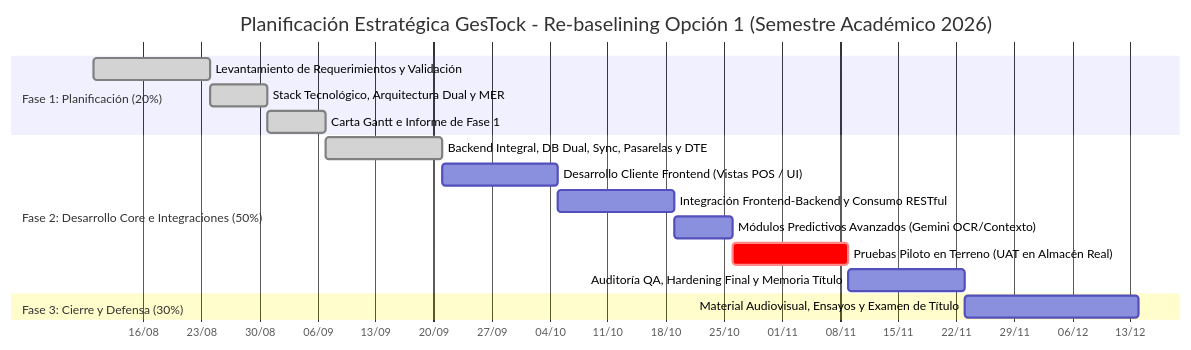
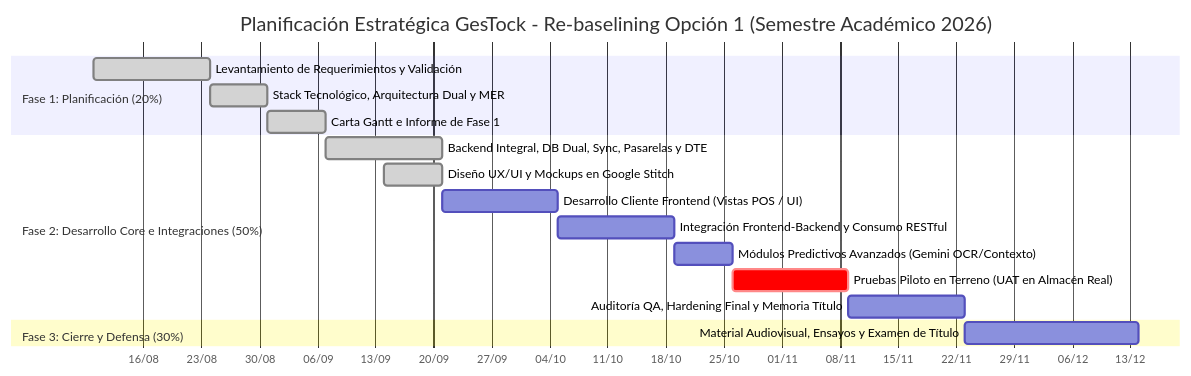
One commit to Kreiros/GesTock changed the diagram in docs/cronograma_actualizado.mmd. Above: the diagram before and after it, drawn with Mermaid. The commit also changed 2 other files, not shown here.

Commit message:
docs: add Google Stitch UI/UX mockups milestone to Gantt schedule

```diff
--- a/docs/cronograma_actualizado.mmd
+++ b/docs/cronograma_actualizado.mmd
@@ -1,21 +1,22 @@
 gantt
     title Planificación Estratégica GesTock - Re-baselining Opción 1 (Semestre Académico 2026)
     dateFormat YYYY-MM-DD
     axisFormat %d/%m
     tickInterval 1week
 
     section Fase 1: Planificación (20%)
     Levantamiento de Requerimientos y Validación   :done, f1_1, 2026-08-10, 2026-08-24
     Stack Tecnológico, Arquitectura Dual y MER    :done, f1_2, 2026-08-24, 2026-08-31
     Carta Gantt e Informe de Fase 1                :done, f1_3, 2026-08-31, 2026-09-07
 
     section Fase 2: Desarrollo Core e Integraciones (50%)
     Backend Integral, DB Dual, Sync, Pasarelas y DTE :done, f2_1, 2026-09-07, 2026-09-21
+    Diseño UX/UI y Mockups en Google Stitch        :done, f2_stitch, 2026-09-14, 2026-09-21
     Desarrollo Cliente Frontend (Vistas POS / UI)  :f2_2, 2026-09-21, 2026-10-05
     Integración Frontend-Backend y Consumo RESTful :f2_3, 2026-10-05, 2026-10-19
     Módulos Predictivos Avanzados (Gemini OCR/Contexto) :f2_4, 2026-10-19, 2026-10-26
     Pruebas Piloto en Terreno (UAT en Almacén Real) :crit, f2_5, 2026-10-26, 2026-11-09
     Auditoría QA, Hardening Final y Memoria Título :f2_6, 2026-11-09, 2026-11-23
 
     section Fase 3: Cierre y Defensa (30%)
     Material Audiovisual, Ensayos y Examen de Título :f3_1, 2026-11-23, 2026-12-14
```
